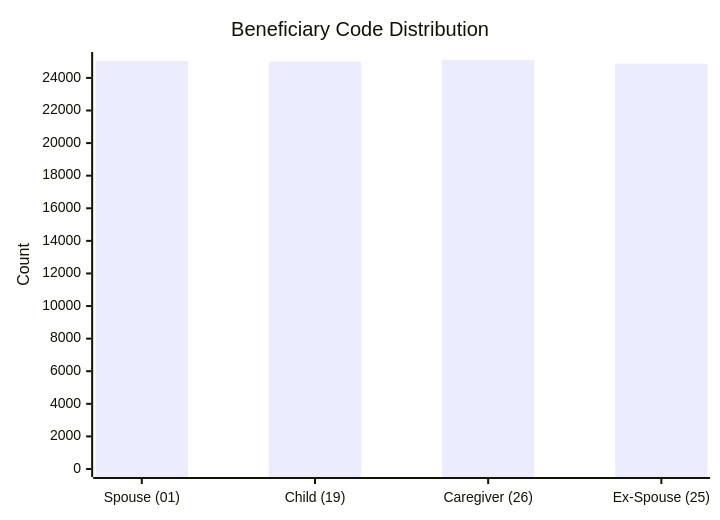
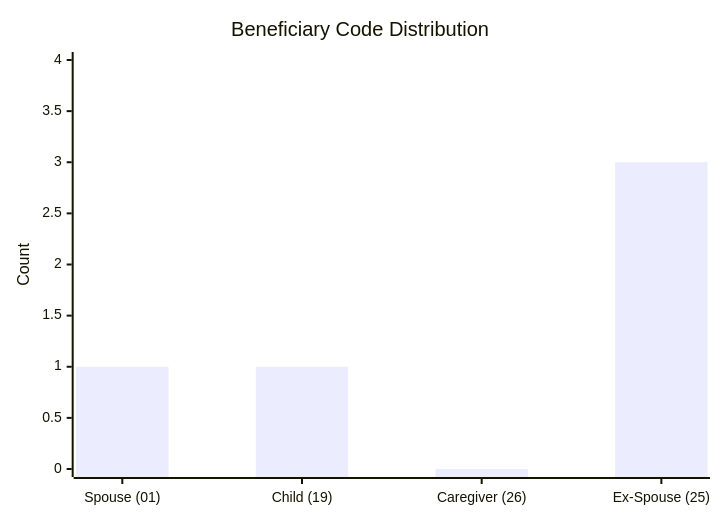
The seventh of 10 diagrams in test-tools/DataGen/src/Statistics_Visualizer.md (dhagan-va/intern-2025), drawn with Mermaid before and after one commit. The commit also changed other lines of this file and 3 other files, not shown here.

````diff
--- a/test-tools/DataGen/src/Statistics_Visualizer.md
+++ b/test-tools/DataGen/src/Statistics_Visualizer.md
@@ -78,7 +78,7 @@
 ```mermaid
 xychart-beta
     title "Beneficiary Code Distribution"
     x-axis ["Spouse (01)", "Child (19)", "Caregiver (26)", "Ex-Spouse (25)"]
-    y-axis "Count" 0 --> 25099
-    bar [25029, 24999, 25098, 24874]
+    y-axis "Count" 0 --> 4
+    bar [1, 1, 0, 3]
 ```
````
